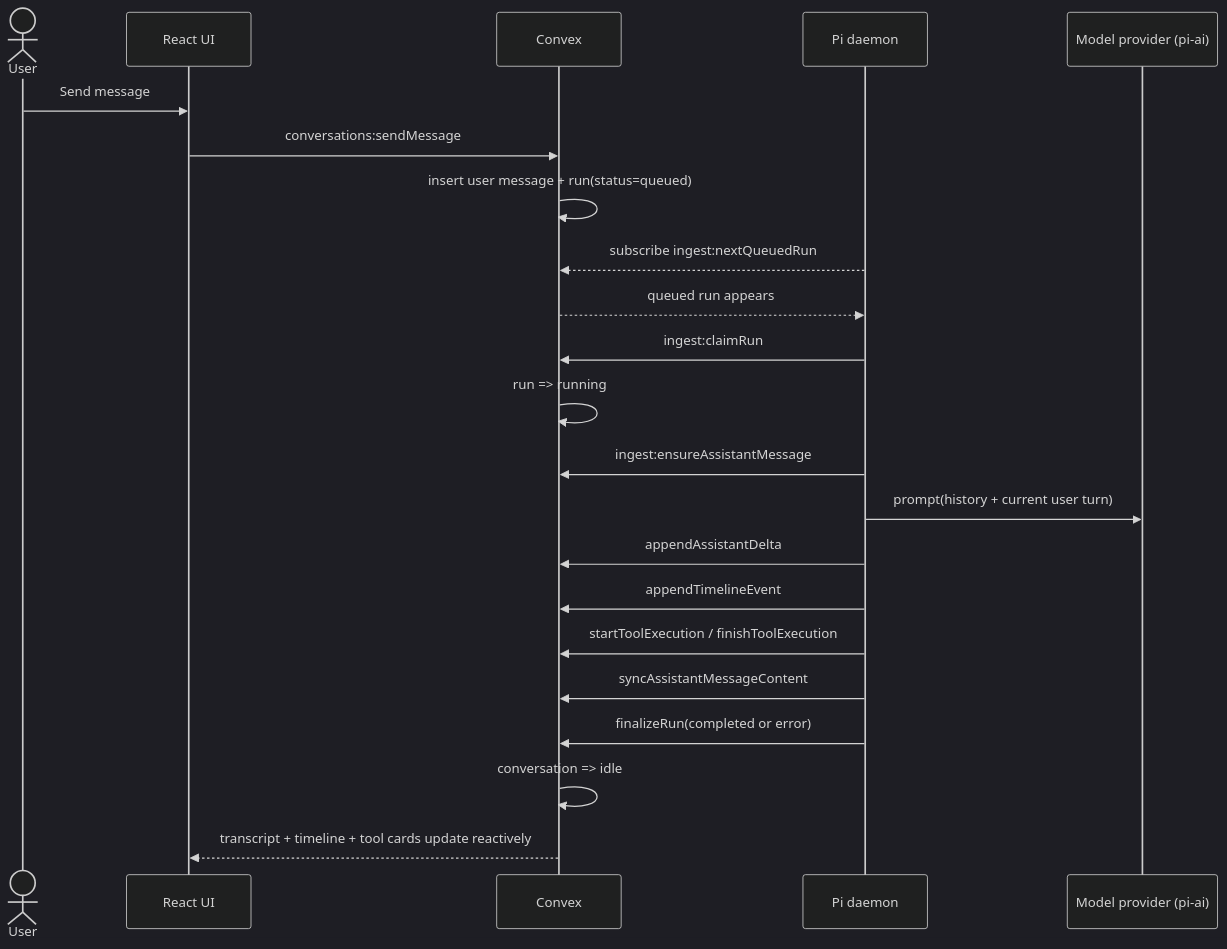
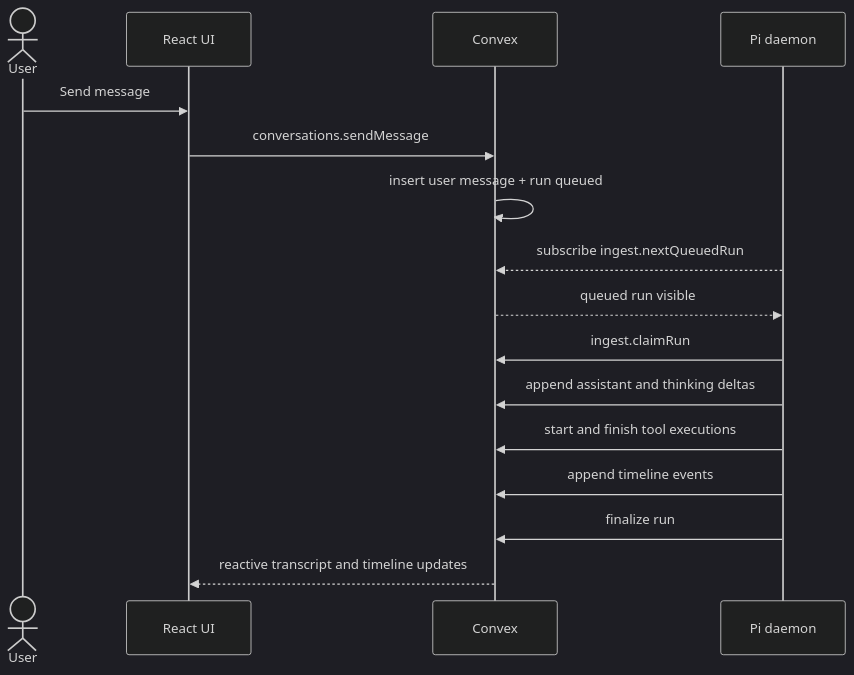
Before and after one commit to AN-SWAPNIL/AgenticAI-Assignment: the fourth of 6 diagrams in README.md, drawn with Mermaid (dark theme). The commit also changed other lines of this file and 1 other file, not shown here.

````diff
--- a/README.md
+++ b/README.md
@@ -152,25 +129,19 @@
 ```mermaid
 sequenceDiagram
   actor User
   participant UI as React UI
   participant CV as Convex
   participant AG as Pi daemon
-  participant MP as Model provider (pi-ai)
 
   User->>UI: Send message
-  UI->>CV: conversations:sendMessage
-  CV->>CV: insert user message + run(status=queued)
-  AG-->>CV: subscribe ingest:nextQueuedRun
-  CV-->>AG: queued run appears
-  AG->>CV: ingest:claimRun
-  CV->>CV: run => running
-  AG->>CV: ingest:ensureAssistantMessage
-  AG->>MP: prompt(history + current user turn)
-  AG->>CV: appendAssistantDelta
-  AG->>CV: appendTimelineEvent
-  AG->>CV: startToolExecution / finishToolExecution
-  AG->>CV: syncAssistantMessageContent
-  AG->>CV: finalizeRun(completed or error)
-  CV->>CV: conversation => idle
-  CV-->>UI: transcript + timeline + tool cards update reactively
+  UI->>CV: conversations.sendMessage
+  CV->>CV: insert user message + run queued
+  AG-->>CV: subscribe ingest.nextQueuedRun
+  CV-->>AG: queued run visible
+  AG->>CV: ingest.claimRun
+  AG->>CV: append assistant and thinking deltas
+  AG->>CV: start and finish tool executions
+  AG->>CV: append timeline events
+  AG->>CV: finalize run
+  CV-->>UI: reactive transcript and timeline updates
 ```
````
